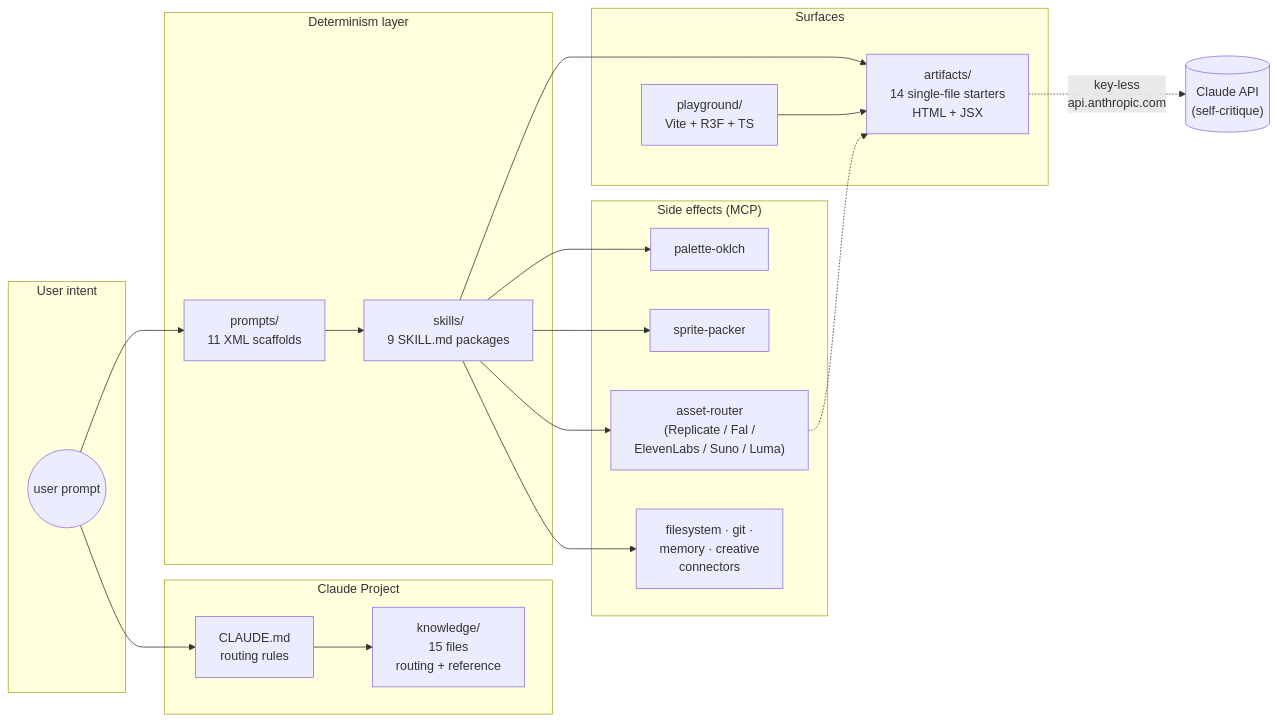
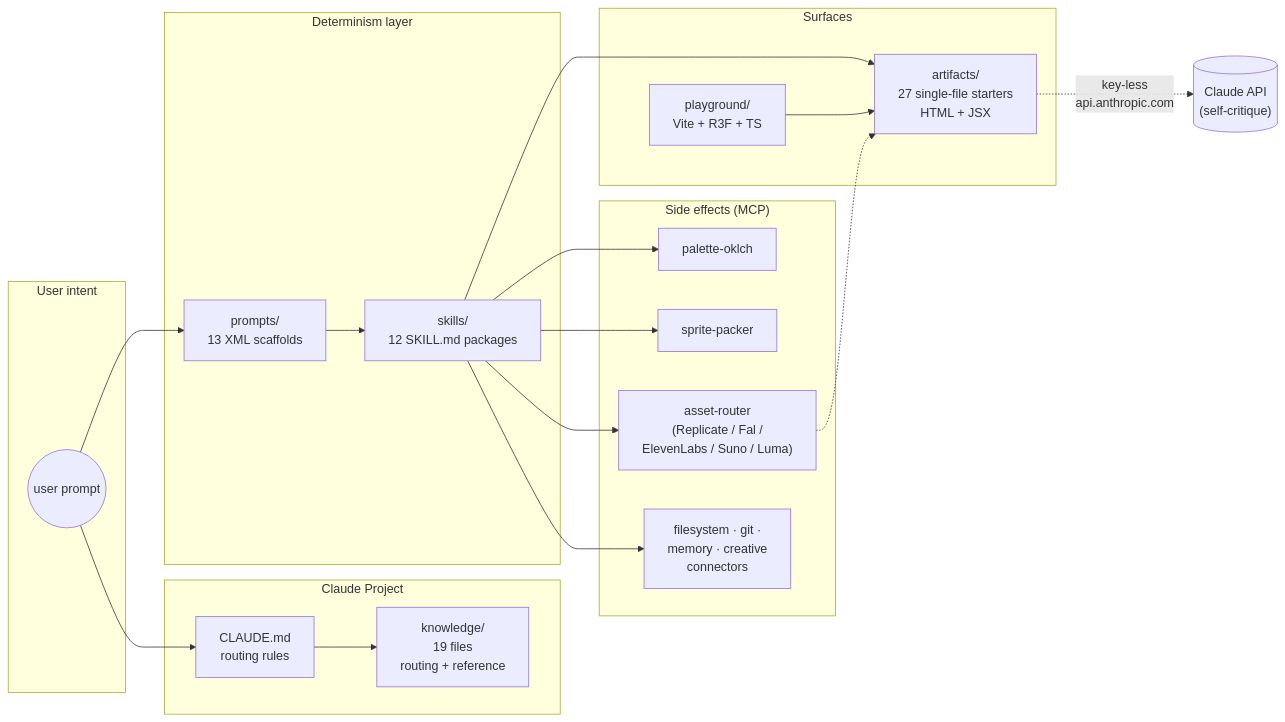
The diagram in docs/diagram.md (barmoshe/claude-creative-stack), drawn with Mermaid before and after one commit. The commit also changed 23 other files, not shown here.

````diff
--- a/docs/diagram.md
+++ b/docs/diagram.md
@@ -5,37 +5,37 @@
 ```mermaid
 flowchart LR
   subgraph "Claude Project"
-    K["knowledge/<br/>15 files<br/>routing + reference"]
+    K["knowledge/<br/>19 files<br/>routing + reference"]
     C["CLAUDE.md<br/>routing rules"]
   end
 
   subgraph "User intent"
     U(("user prompt"))
   end
 
   subgraph "Determinism layer"
-    P["prompts/<br/>11 XML scaffolds"]
-    S["skills/<br/>9 SKILL.md packages"]
+    P["prompts/<br/>13 XML scaffolds"]
+    S["skills/<br/>12 SKILL.md packages"]
   end
 
   subgraph "Surfaces"
-    A["artifacts/<br/>14 single-file starters<br/>HTML + JSX"]
+    A["artifacts/<br/>27 single-file starters<br/>HTML + JSX"]
     PG["playground/<br/>Vite + R3F + TS"]
   end
 
   subgraph "Side effects (MCP)"
     M1["palette-oklch"]
     M2["sprite-packer"]
     M3["asset-router<br/>(Replicate / Fal /<br/>ElevenLabs / Suno / Luma)"]
     M4["filesystem · git ·<br/>memory · creative<br/>connectors"]
   end
 
   U --> C --> K
   U --> P
   P --> S
   S --> A
   S --> M1 & M2 & M3 & M4
   A -. "key-less<br/>api.anthropic.com" .-> CLAUDE[("Claude API<br/>(self-critique)")]
   PG --> A
   M3 -.-> A
 ```
````
